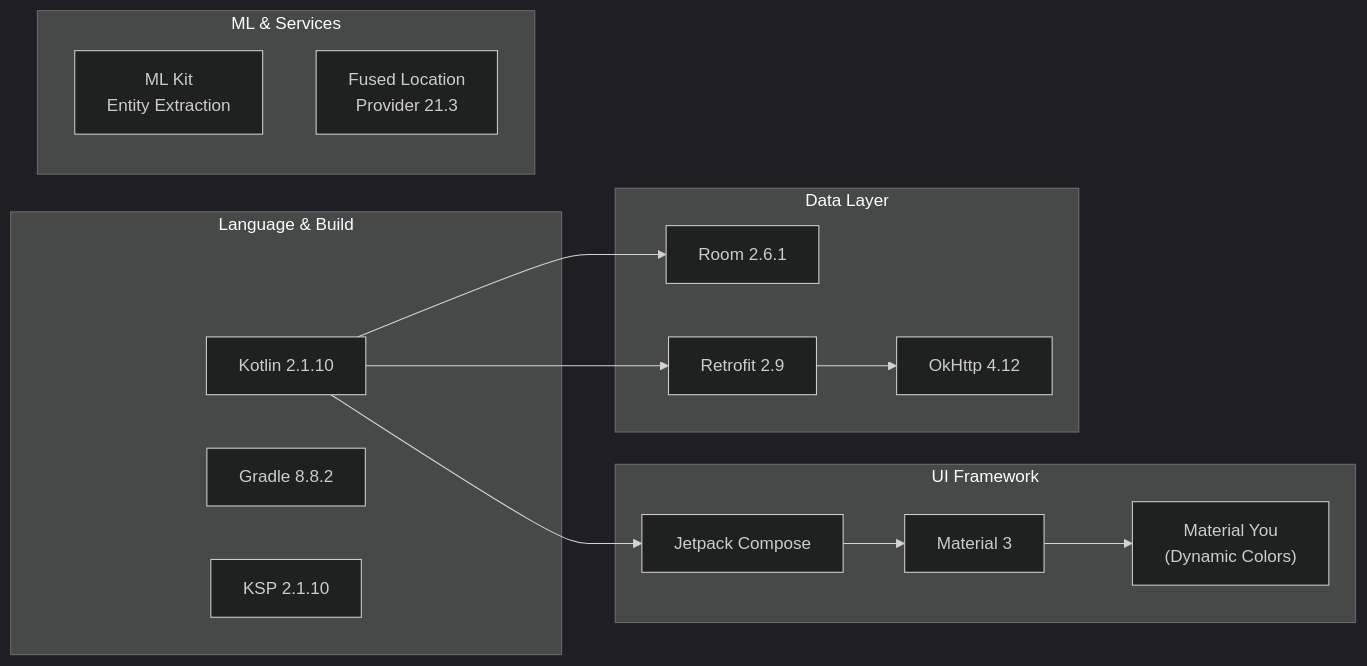
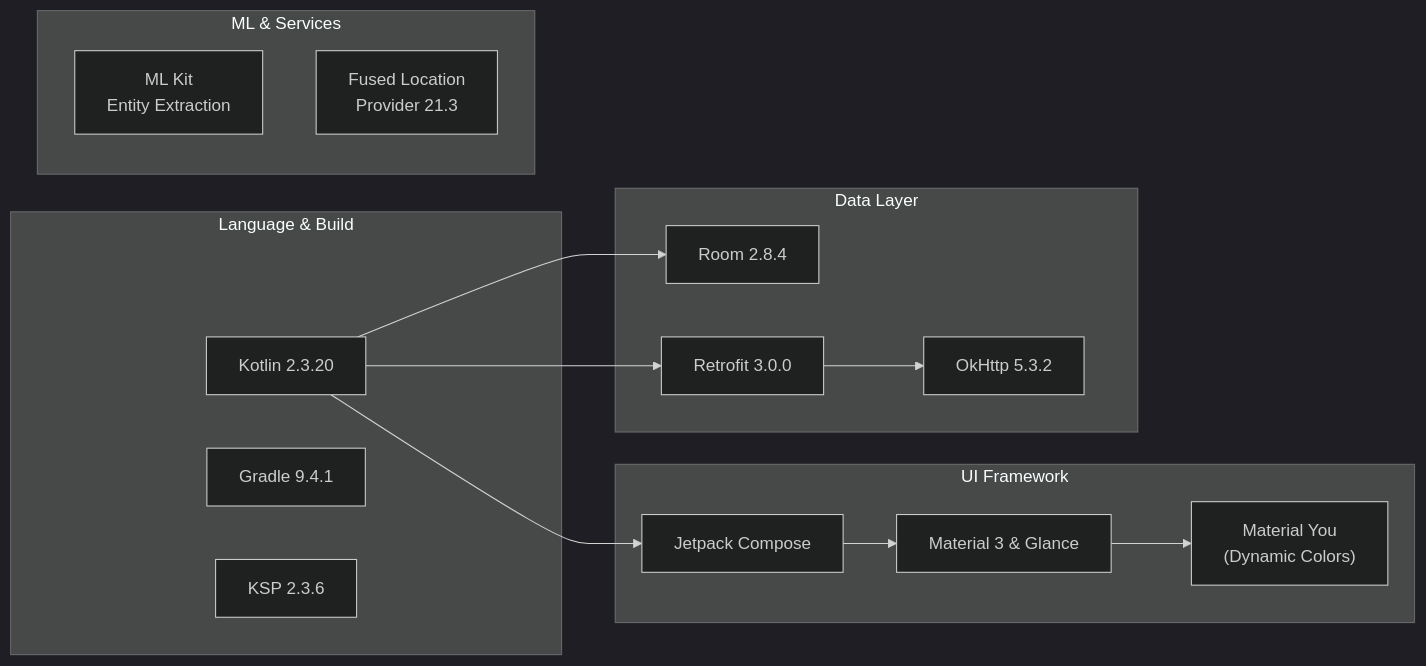
Before and after one commit to RahulGorai0206/expence-tracker: the sixth of 6 diagrams in README.md, drawn with Mermaid (dark theme). The commit also changed other lines of this file, not shown here.

First line of the commit message:
feat: README updated with "upgrade dependencies and add RCS bank intercept and Glance widget support" changes

````diff
--- a/README.md
+++ b/README.md
@@ -548,30 +551,30 @@
 ```mermaid
 graph LR
     subgraph Language & Build
-        KT["Kotlin 2.1.10"]
-        GR["Gradle 8.8.2"]
-        KSP["KSP 2.1.10"]
+        KT["Kotlin 2.3.20"]
+        GR["Gradle 9.4.1"]
+        KSP["KSP 2.3.6"]
     end
 
     subgraph UI Framework
         JC["Jetpack Compose"]
-        M3["Material 3"]
+        M3["Material 3 & Glance"]
         MY["Material You<br/>(Dynamic Colors)"]
     end
 
     subgraph Data Layer
-        RM["Room 2.6.1"]
-        RT["Retrofit 2.9"]
-        OK["OkHttp 4.12"]
+        RM["Room 2.8.4"]
+        RT["Retrofit 3.0.0"]
+        OK["OkHttp 5.3.2"]
     end
 
     subgraph ML & Services
         ML["ML Kit<br/>Entity Extraction"]
         FL["Fused Location<br/>Provider 21.3"]
     end
 
     KT --> JC --> M3
     M3 --> MY
     KT --> RM
     KT --> RT --> OK
 ```
````
